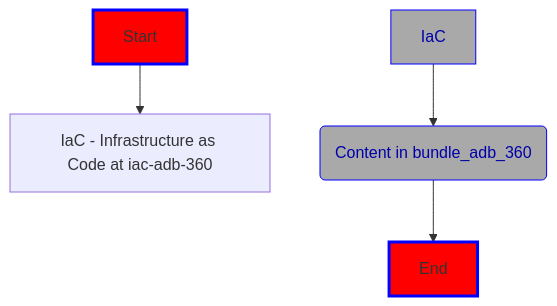
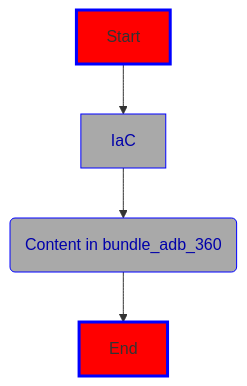
One commit to Azure/Databricks360 changed the diagram in README.md. Above: the diagram before and after it, drawn with Mermaid.

Commit message:
testing mermaid links

````diff
--- a/README.md
+++ b/README.md
@@ -28,12 +28,12 @@
 ```mermaid
 flowchart TD
-Start --> B[IaC - Infrastructure as Code at iac-adb-360]
+Start --> IaC
 style Start fill:red,stroke:blue,stroke-width:3px,shadow:shadow
 IaC --> Content(Content in bundle_adb_360)
 style IaC fill:darkgray,stroke:blue,stroke-witdth:3px,shadow:shadow,color:#0000aa
 Content --> End
 style Content fill:darkgray,stroke:blue,stroke-witdth:3px,shadow:shadow,color:#0000aa
 style End fill:red,stroke:blue,stroke-width:3px,shadow:shadow
-click B href "./iac-adb-360/README.md"
+click IaC href "./iac-adb-360/README.md"
 
 ```
````
